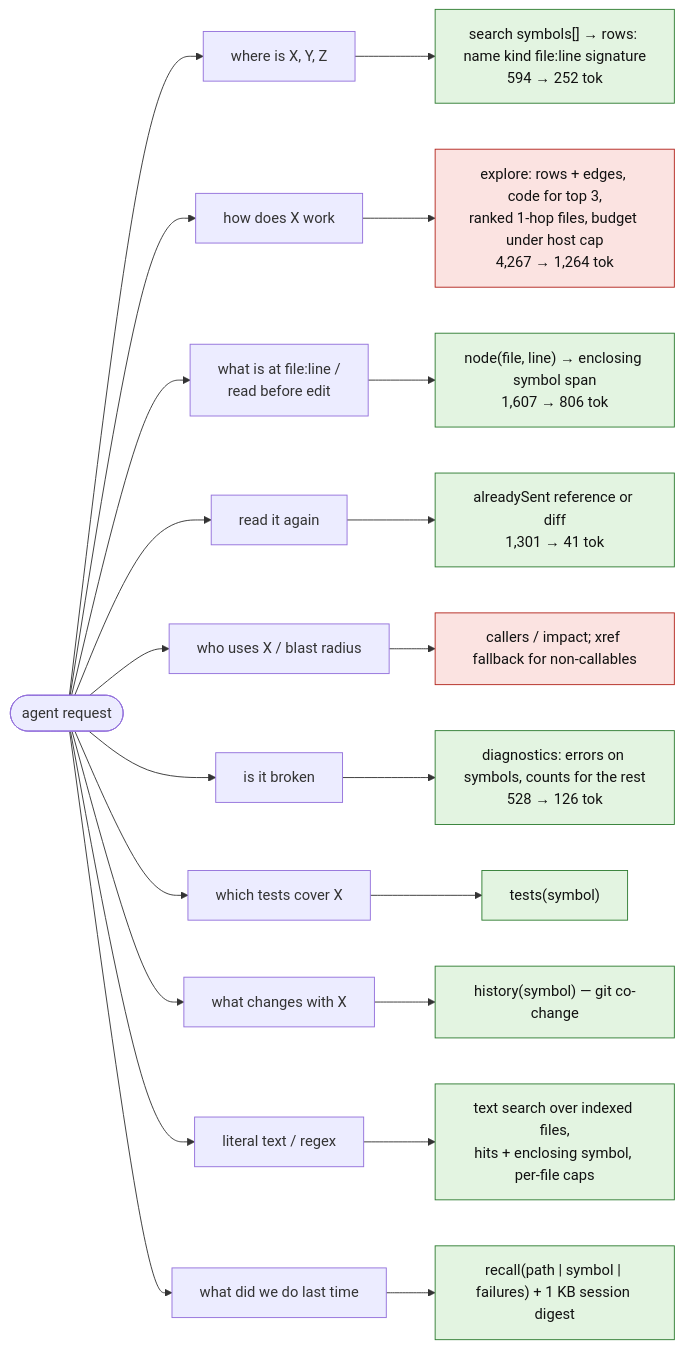
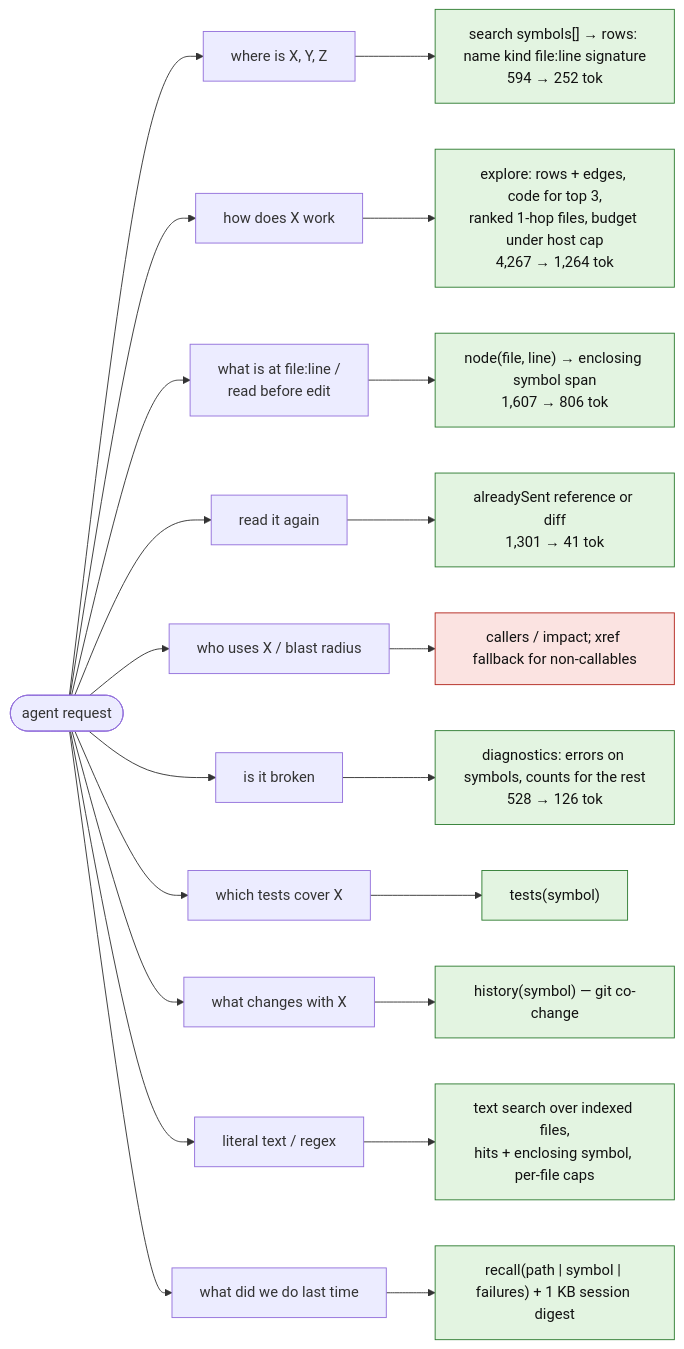
The sixth of 7 diagrams in docs/research/agent-sessions/FLOWCHART.md (Miasin-Labs/codegraph-rs), drawn with Mermaid before and after one commit. The commit also changed 2 other files, not shown here.

Commit message:
docs(research): mark explore neighbours shipped

````diff
--- a/docs/research/agent-sessions/FLOWCHART.md
+++ b/docs/research/agent-sessions/FLOWCHART.md
@@ -136,30 +136,30 @@
 ```mermaid
 flowchart LR
   A([agent request]) --> K1["where is X, Y, Z"]
   A --> K2["how does X work"]
   A --> K3["what is at file:line /<br/>read before edit"]
   A --> K4["read it again"]
   A --> K5["who uses X / blast radius"]
   A --> K6["is it broken"]
   A --> K7["which tests cover X"]
   A --> K8["what changes with X"]
   A --> K9["literal text / regex"]
   A --> K10["what did we do last time"]
 
   K1 --> T1["search symbols[] → rows: name kind file:line signature<br/>594 → 252 tok"]
   K2 --> T2["explore: rows + edges, code for top 3,<br/>ranked 1-hop files, budget under host cap<br/>4,267 → 1,264 tok"]
   K3 --> T3["node(file, line) → enclosing symbol span<br/>1,607 → 806 tok"]
   K4 --> T4["alreadySent reference or diff<br/>1,301 → 41 tok"]
   K5 --> T5["callers / impact; xref fallback for non-callables"]
   K6 --> T6["diagnostics: errors on symbols, counts for the rest<br/>528 → 126 tok"]
   K7 --> T7["tests(symbol)"]
   K8 --> T8["history(symbol) — git co-change"]
   K9 --> T9["text search over indexed files,<br/>hits + enclosing symbol, per-file caps"]
   K10 --> T10["recall(path | symbol | failures) + 1 KB session digest"]
 
   classDef shipped fill:#e3f4e1,stroke:#2f7d32,color:#111
   classDef flight fill:#fff6d9,stroke:#9a7b12,color:#111
   classDef gap fill:#fbe3e1,stroke:#b3261e,color:#111
-  class T1,T3,T4,T6,T7,T8,T9,T10 shipped
-  class T2,T5 gap
+  class T1,T2,T3,T4,T6,T7,T8,T9,T10 shipped
+  class T5 gap
 ```
````
